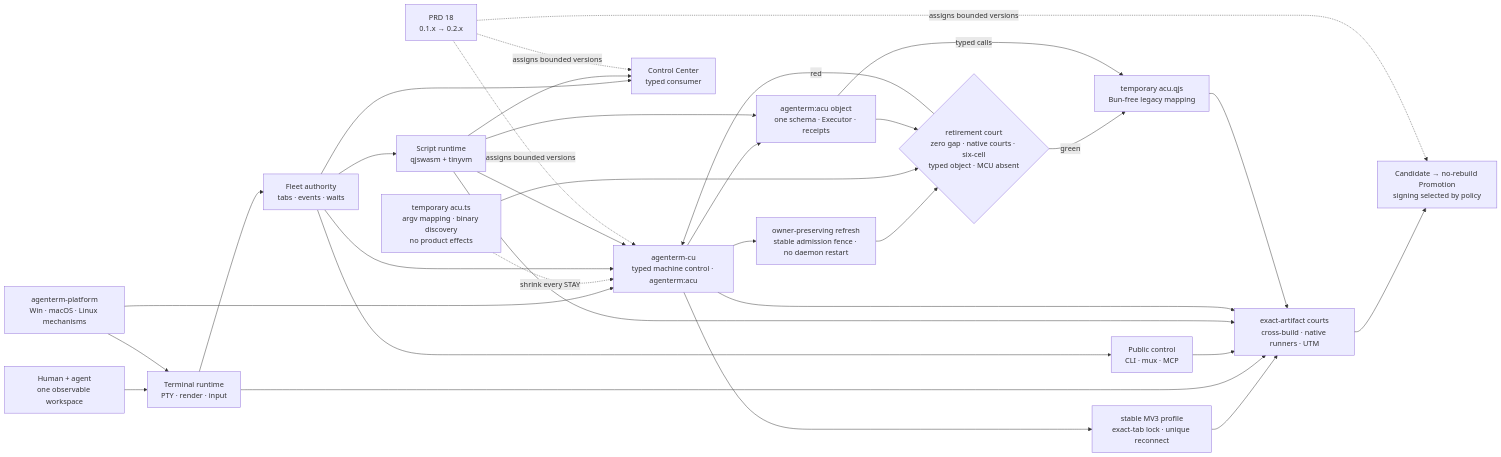
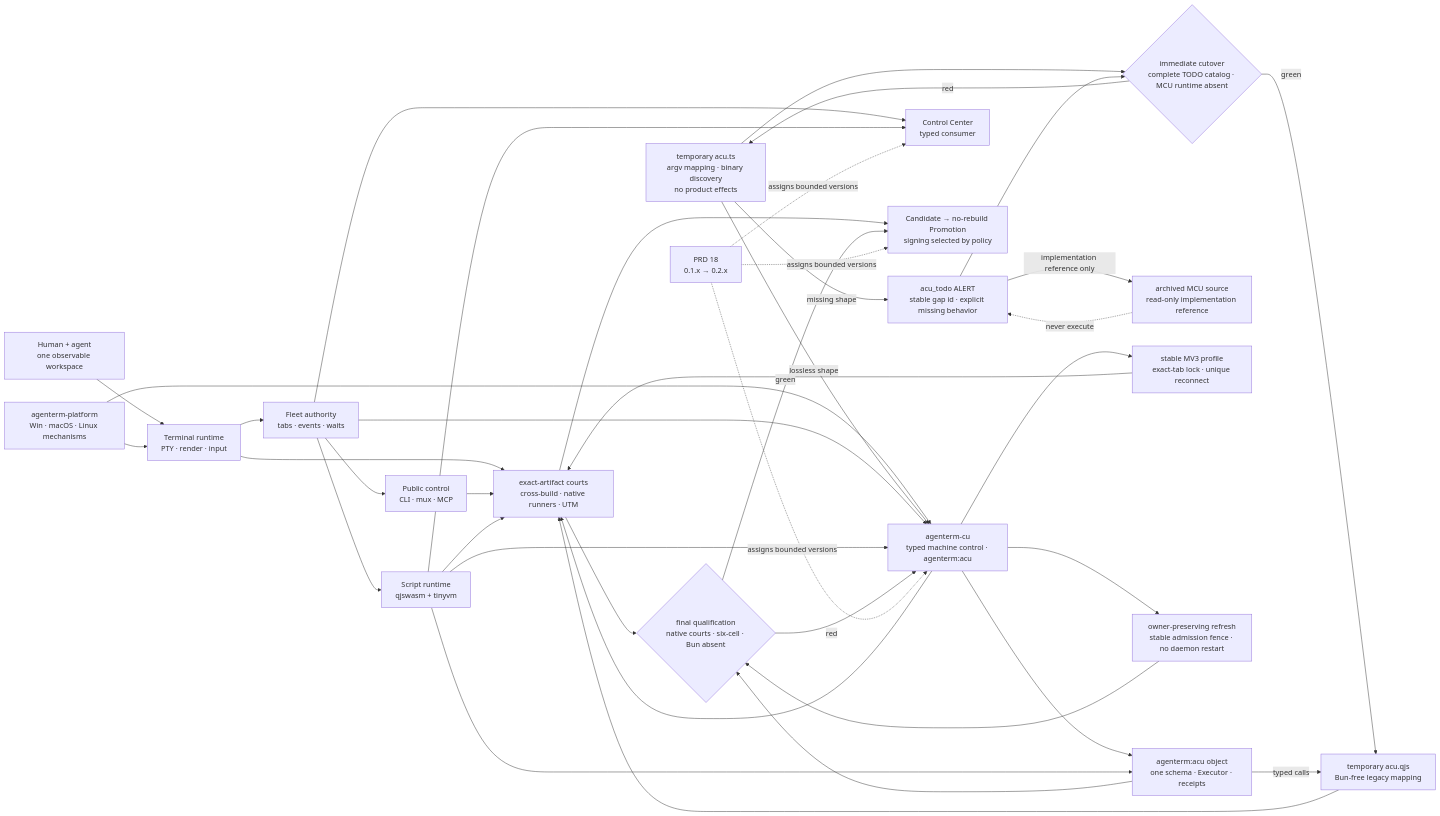
Before and after one commit to partnernetsoftware/agenterm: the diagram in PRD.md, drawn with Mermaid. The commit also changed other lines of this file and 3 other files, not shown here.

Commit message:
docs: switch MCU retirement to ACU TODO repair

````diff
--- a/PRD.md
+++ b/PRD.md
@@ -254,34 +257,42 @@
 ```mermaid
 flowchart LR
   U["Human + agent<br/>one observable workspace"]
   TERM["Terminal runtime<br/>PTY · render · input"]
   FLEET["Fleet authority<br/>tabs · events · waits"]
   CLI["Public control<br/>CLI · mux · MCP"]
   SCRIPT["Script runtime<br/>qjswasm + tinyvm"]
   CU["agenterm-cu<br/>typed machine control · agenterm:acu"]
   ACTS["temporary acu.ts<br/>argv mapping · binary discovery<br/>no product effects"]
   ACUOBJ["agenterm:acu object<br/>one schema · Executor · receipts"]
   ACUQJS["temporary acu.qjs<br/>Bun-free legacy mapping"]
+  TODO["acu_todo ALERT<br/>stable gap id · explicit missing behavior"]
+  MCUARC["archived MCU source<br/>read-only implementation reference"]
   BRIDGE["stable MV3 profile<br/>exact-tab lock · unique reconnect"]
   REFRESH["owner-preserving refresh<br/>stable admission fence · no daemon restart"]
   PLATFORM["agenterm-platform<br/>Win · macOS · Linux mechanisms"]
   CC["Control Center<br/>typed consumer"]
   EVIDENCE["exact-artifact courts<br/>cross-build · native runners · UTM"]
   RELEASE["Candidate → no-rebuild Promotion<br/>signing selected by policy"]
   ROAD["PRD 18<br/>0.1.x → 0.2.x"]
 
   U --> TERM --> FLEET --> CLI
   PLATFORM --> TERM & CU
-  ACTS -. shrink every STAY .-> CU
+  ACTS -->|lossless shape| CU
+  ACTS -->|missing shape| TODO
+  TODO -->|implementation reference only| MCUARC
+  MCUARC -. never execute .-> TODO
   CU --> REFRESH
   CU --> BRIDGE --> EVIDENCE
   FLEET --> SCRIPT & CU & CC
   SCRIPT --> CU & CC
   CU & SCRIPT --> ACUOBJ
   TERM & CLI & SCRIPT & CU --> EVIDENCE --> RELEASE
-  REFRESH & ACTS & ACUOBJ --> RETIRE{"retirement court<br/>zero gap · native courts · six-cell<br/>typed object · MCU absent"}
+  ACTS & TODO --> CUTOVER{"immediate cutover<br/>complete TODO catalog · MCU runtime absent"}
+  CUTOVER -->|red| ACTS
+  CUTOVER -->|green| ACUQJS
+  REFRESH & ACUOBJ & EVIDENCE --> RETIRE{"final qualification<br/>native courts · six-cell · Bun absent"}
   RETIRE -->|red| CU
-  RETIRE -->|green| ACUQJS
+  RETIRE -->|green| RELEASE
   ACUOBJ -->|typed calls| ACUQJS --> EVIDENCE
   ROAD -. assigns bounded versions .-> CU & CC & RELEASE
 ```
````
